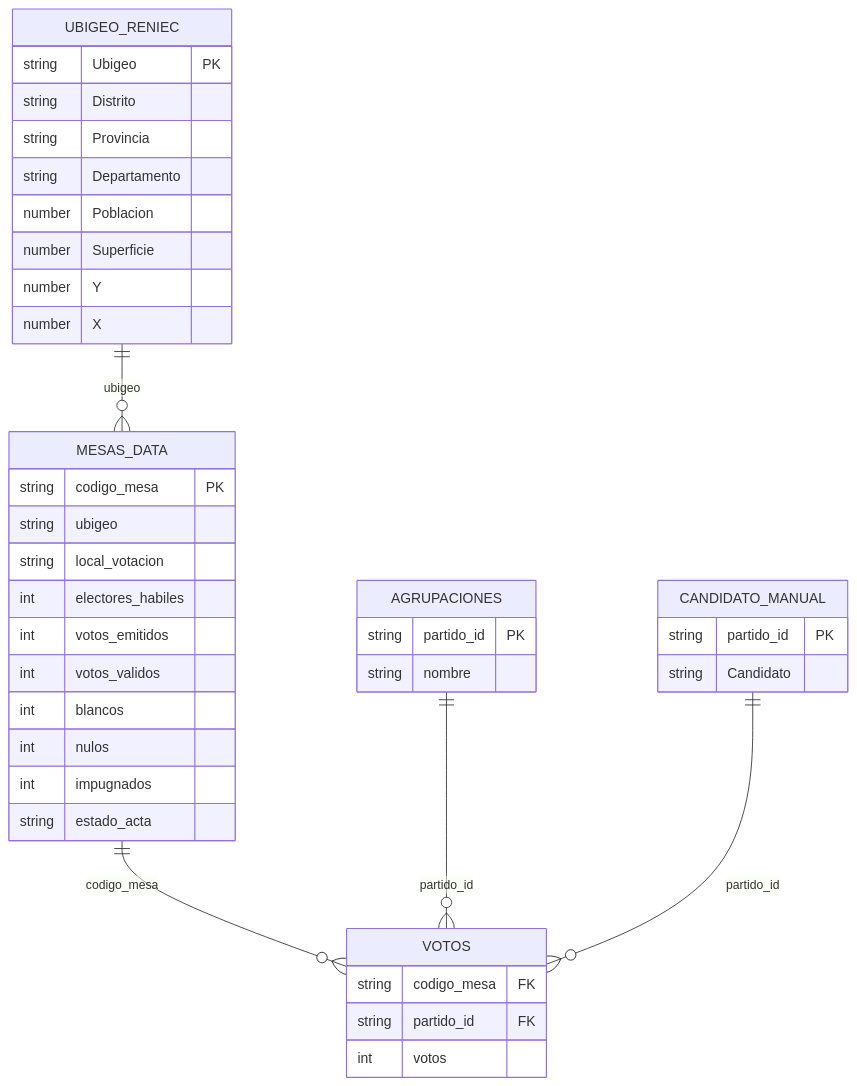
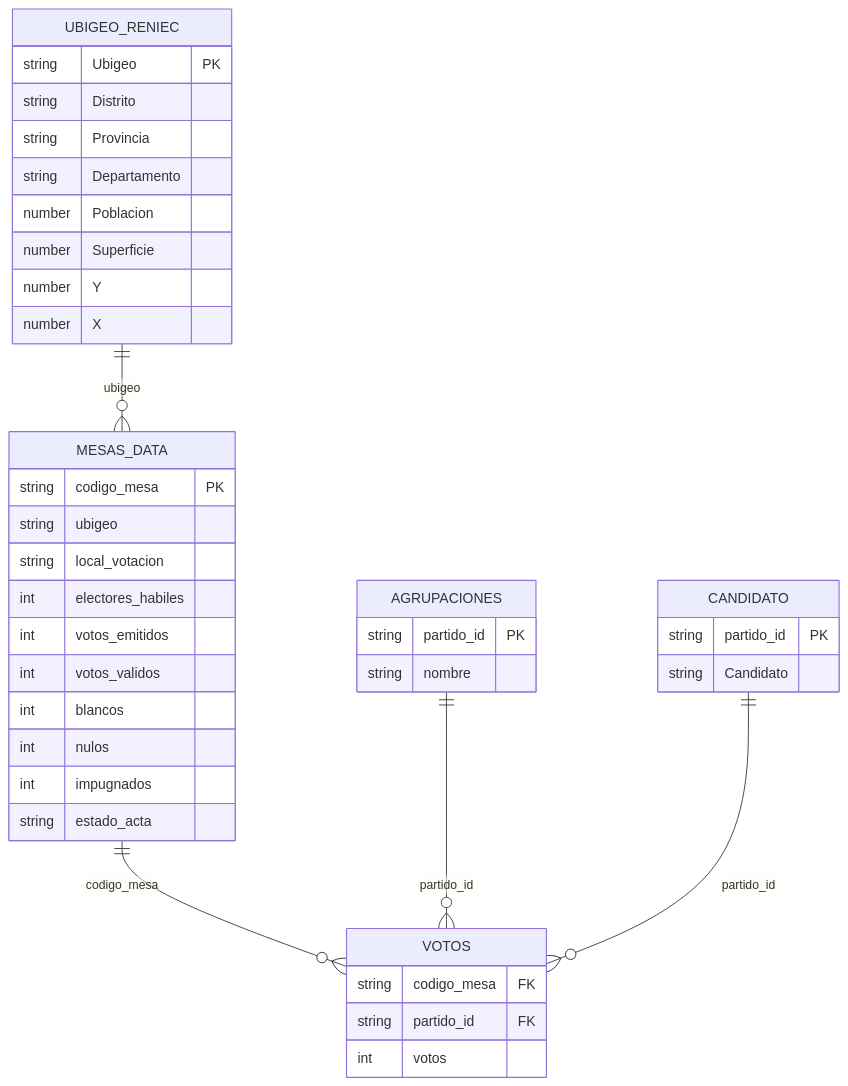
Before and after one commit to oscarzamora/onpeescraper: the diagram in README.md, drawn with Mermaid. The commit also changed other lines of this file, not shown here.

Commit message:
Renombra entidad ERD de CANDIDATO_MANUAL a CANDIDATO

````diff
--- a/README.md
+++ b/README.md
@@ -28,47 +28,47 @@
 ```mermaid
 erDiagram
 	MESAS_DATA ||--o{ VOTOS : codigo_mesa
 	AGRUPACIONES ||--o{ VOTOS : partido_id
-	CANDIDATO_MANUAL ||--o{ VOTOS : partido_id
+	CANDIDATO ||--o{ VOTOS : partido_id
 	UBIGEO_RENIEC ||--o{ MESAS_DATA : ubigeo
 
 	MESAS_DATA {
 		string codigo_mesa PK
 		string ubigeo
 		string local_votacion
 		int electores_habiles
 		int votos_emitidos
 		int votos_validos
 		int blancos
 		int nulos
 		int impugnados
 		string estado_acta
 	}
 
 	AGRUPACIONES {
 		string partido_id PK
 		string nombre
 	}
 
-	CANDIDATO_MANUAL {
+	CANDIDATO {
 		string partido_id PK
 		string Candidato
 	}
 
 	VOTOS {
 		string codigo_mesa FK
 		string partido_id FK
 		int votos
 	}
 
 	UBIGEO_RENIEC {
 		string Ubigeo PK
 		string Distrito
 		string Provincia
 		string Departamento
 		number Poblacion
 		number Superficie
 		number Y
 		number X
 	}
 ```
````
